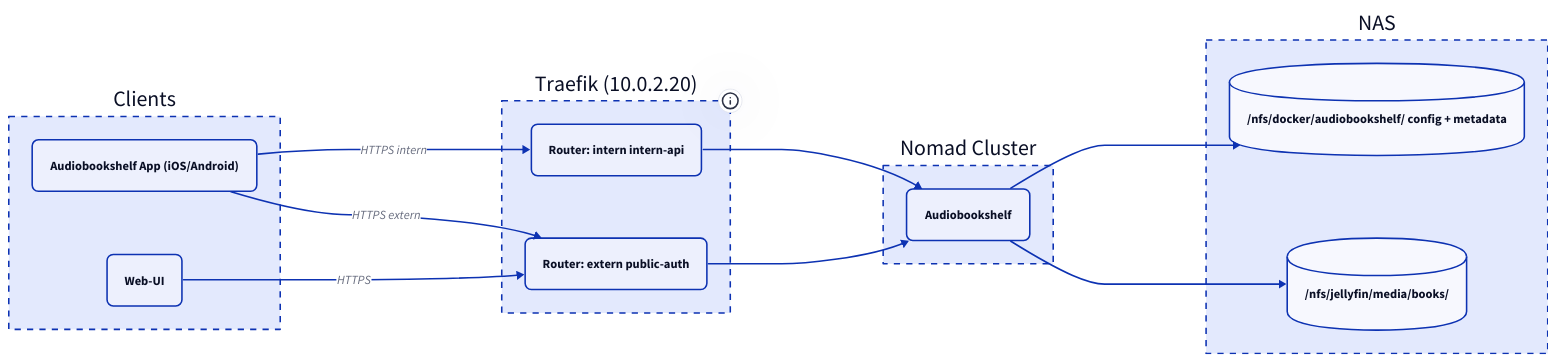
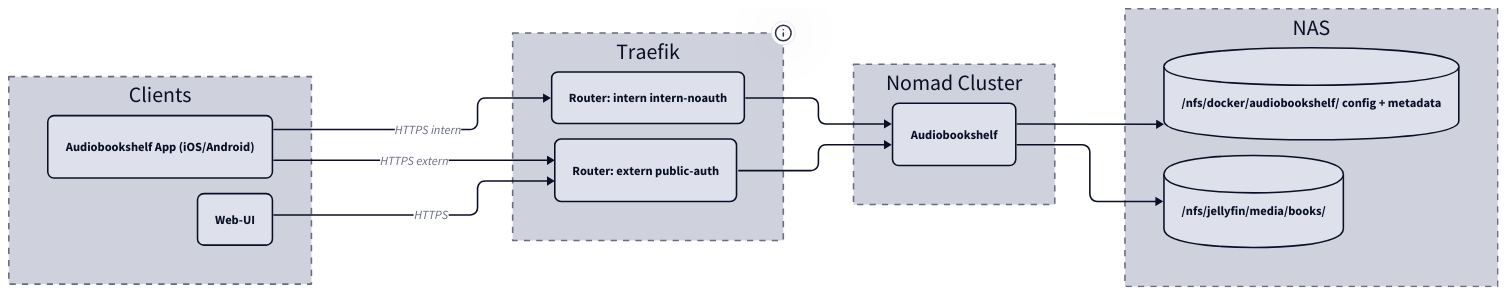
The diagram in docs/audiobookshelf/index.md (derever-labs/homelab-wiki), drawn with D2 before and after one commit. The commit also changed other lines of this file and 109 other files, not shown here.

````diff
--- a/docs/audiobookshelf/index.md
+++ b/docs/audiobookshelf/index.md
@@ -31,35 +26,41 @@
 ```d2
+vars: {
+  d2-config: {
+    theme-id: 1
+    layout-engine: elk
+  }
+}
 direction: right
 
 Client: Clients {
   style.stroke-dash: 4
   APP: "Audiobookshelf App (iOS/Android)" { style.border-radius: 8 }
   WEB: Web-UI { style.border-radius: 8 }
 }
 
-Traefik: "Traefik (10.0.2.20)" {
+Traefik: Traefik {
   style.stroke-dash: 4
   tooltip: "10.0.2.20"
-  INT: "Router: intern intern-api" { style.border-radius: 8 }
+  INT: "Router: intern intern-noauth" { style.border-radius: 8 }
   EXT: "Router: extern public-auth" { style.border-radius: 8 }
 }
 
 Nomad: Nomad Cluster {
   style.stroke-dash: 4
   ABS: Audiobookshelf { style.border-radius: 8 }
 }
 
 NFS: NAS {
   style.stroke-dash: 4
   CFG: "/nfs/docker/audiobookshelf/ config + metadata" { shape: cylinder }
   BOOKS: "/nfs/jellyfin/media/books/" { shape: cylinder }
 }
 
 Client.APP -> Traefik.INT: HTTPS intern
 Client.APP -> Traefik.EXT: HTTPS extern
 Client.WEB -> Traefik.EXT: HTTPS
 Traefik.INT -> Nomad.ABS
 Traefik.EXT -> Nomad.ABS
 Nomad.ABS -> NFS.CFG
 Nomad.ABS -> NFS.BOOKS
 ```
````
